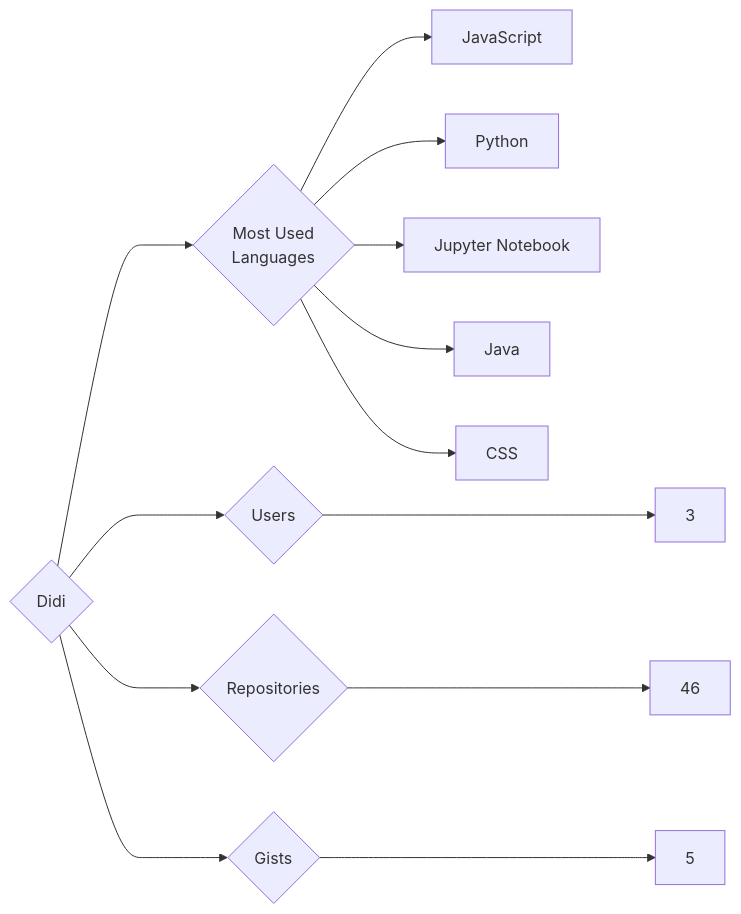
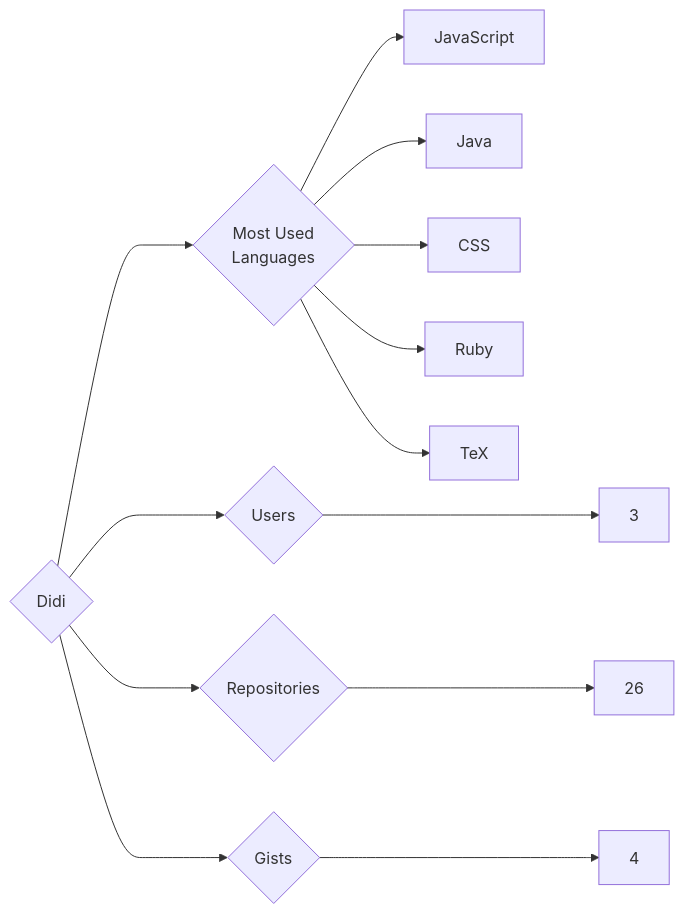
The diagram in targets/Didi/README.md (trickest/insiders), drawn with Mermaid before and after one commit. The commit also changed 840 other files, not shown here.

````diff
--- a/targets/Didi/README.md
+++ b/targets/Didi/README.md
@@ -3,13 +3,13 @@
 ```mermaid
 graph LR
 COMPANY_NAME{Didi}
 COMPANY_NAME ---> U{Users} ---> UN[3]
-COMPANY_NAME ---> R{Repositories} ---> RN[46]
-COMPANY_NAME ---> G{Gists} ---> GN[5]
+COMPANY_NAME ---> R{Repositories} ---> RN[26]
+COMPANY_NAME ---> G{Gists} ---> GN[4]
 COMPANY_NAME ---> ML{Most Used<br>Languages}
 ML --> JavaScript[JavaScript]
-ML --> Python[Python]
-ML --> Jupyter_Notebook[Jupyter Notebook]
 ML --> Java[Java]
 ML --> CSS[CSS]
+ML --> Ruby[Ruby]
+ML --> TeX[TeX]
 ```
````
